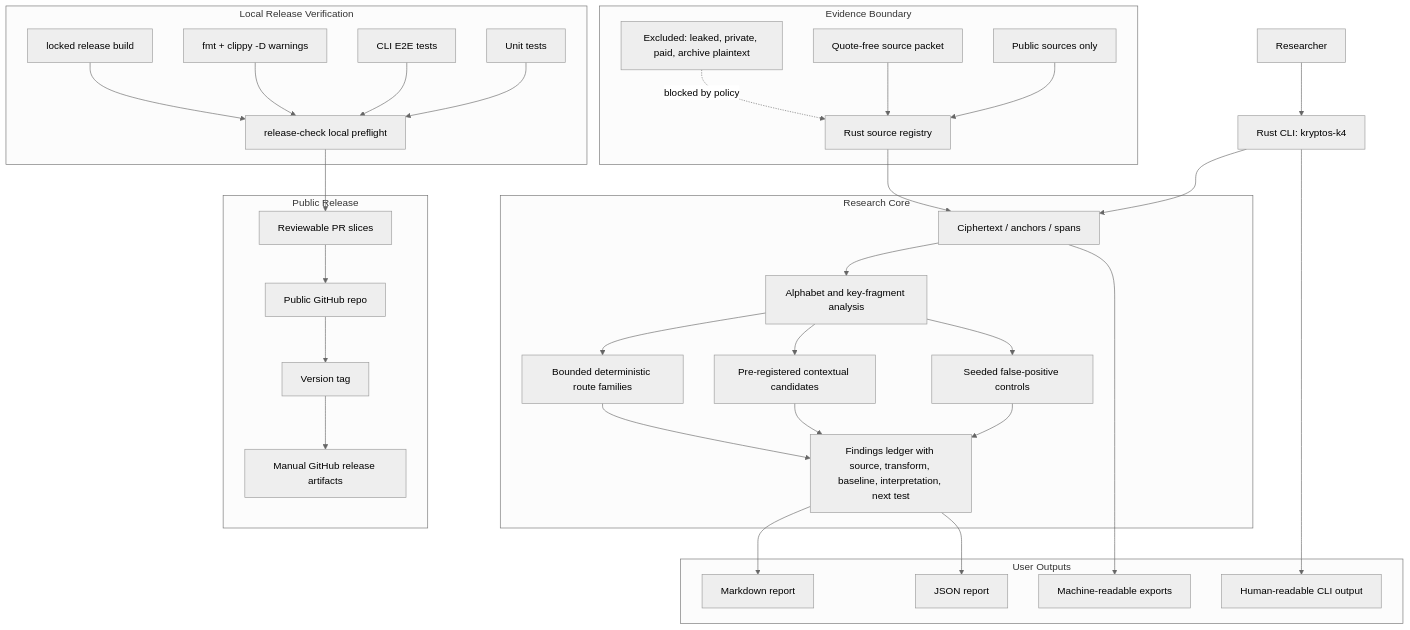
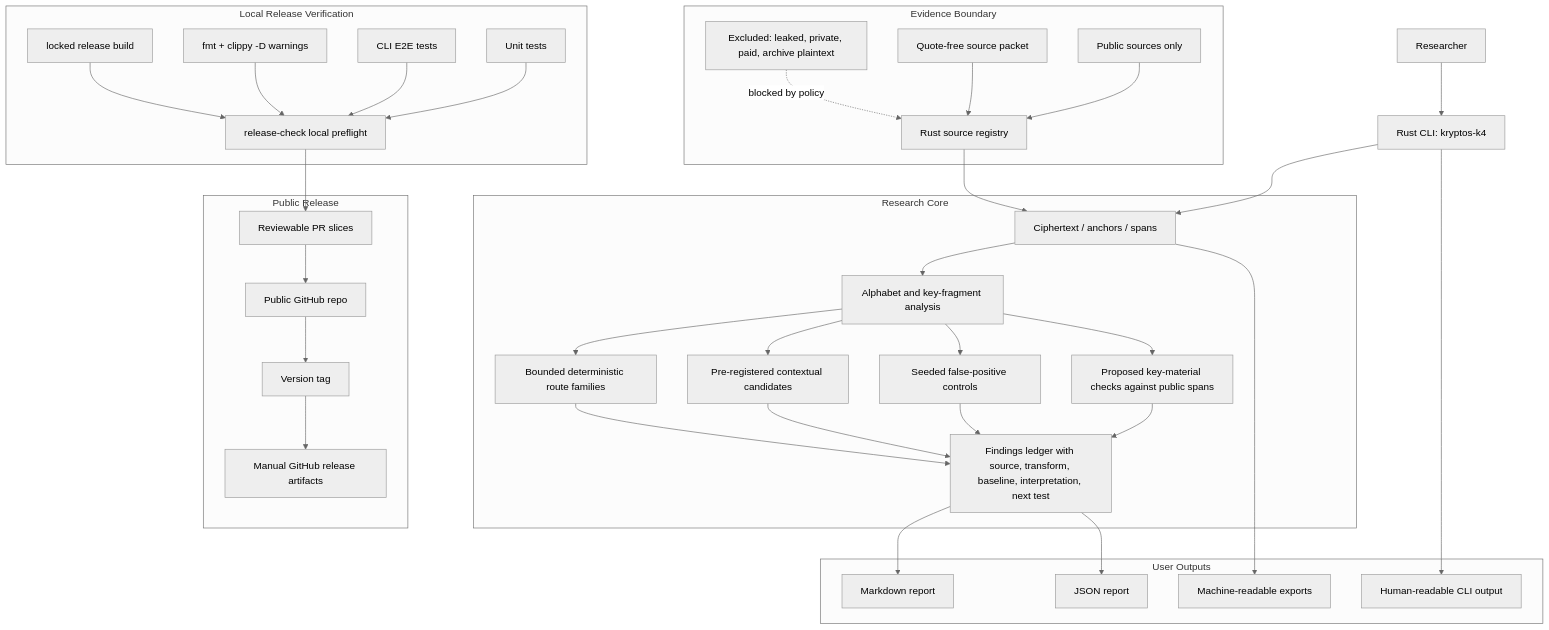
Before and after one commit to malak333/kryptos-k4: the diagram in docs/architecture-production-goal.md, drawn with Mermaid (neutral theme). The commit also changed other lines of this file and 10 other files, not shown here.

First line of the commit message:
Add key material testing command

````diff
--- a/docs/architecture-production-goal.md
+++ b/docs/architecture-production-goal.md
@@ -7,70 +7,73 @@
 ```mermaid
 flowchart TD
     Researcher["Researcher"] --> CLI["Rust CLI: kryptos-k4"]
 
     subgraph Evidence["Evidence Boundary"]
         PublicSources["Public sources only"]
         SourceRegistry["Rust source registry"]
         SourcePacket["Quote-free source packet"]
         Forbidden["Excluded: leaked, private, paid, archive plaintext"]
     end
 
     subgraph Core["Research Core"]
         DataModel["Ciphertext / anchors / spans"]
         ConstraintEngine["Alphabet and key-fragment analysis"]
+        KeyMaterialChecks["Proposed key-material checks against public spans"]
         BaselineEngine["Seeded false-positive controls"]
         CandidateRegistry["Pre-registered contextual candidates"]
         RouteRegistry["Bounded deterministic route families"]
         FindingsLedger["Findings ledger with source, transform, baseline, interpretation, next test"]
     end
 
     subgraph Outputs["User Outputs"]
         MarkdownReport["Markdown report"]
         JsonReport["JSON report"]
         DataExports["Machine-readable exports"]
         HumanCli["Human-readable CLI output"]
     end
 
     subgraph Verification["Local Release Verification"]
         UnitTests["Unit tests"]
         E2ETests["CLI E2E tests"]
         FmtClippy["fmt + clippy -D warnings"]
         ReleaseBuild["locked release build"]
         ReleaseCheck["release-check local preflight"]
     end
 
     subgraph Release["Public Release"]
         GitHubPublic["Public GitHub repo"]
         PullRequests["Reviewable PR slices"]
         Tag["Version tag"]
         GitHubRelease["Manual GitHub release artifacts"]
     end
 
     CLI --> DataModel
     PublicSources --> SourceRegistry
     SourceRegistry --> DataModel
     SourcePacket --> SourceRegistry
     Forbidden -. "blocked by policy" .-> SourceRegistry
 
     DataModel --> ConstraintEngine
+    ConstraintEngine --> KeyMaterialChecks
     ConstraintEngine --> BaselineEngine
     ConstraintEngine --> CandidateRegistry
     ConstraintEngine --> RouteRegistry
+    KeyMaterialChecks --> FindingsLedger
     BaselineEngine --> FindingsLedger
     CandidateRegistry --> FindingsLedger
     RouteRegistry --> FindingsLedger
 
     FindingsLedger --> MarkdownReport
     FindingsLedger --> JsonReport
     DataModel --> DataExports
     CLI --> HumanCli
 
     UnitTests --> ReleaseCheck
     E2ETests --> ReleaseCheck
     FmtClippy --> ReleaseCheck
     ReleaseBuild --> ReleaseCheck
     ReleaseCheck --> PullRequests
     PullRequests --> GitHubPublic
     GitHubPublic --> Tag
     Tag --> GitHubRelease
 ```
````
